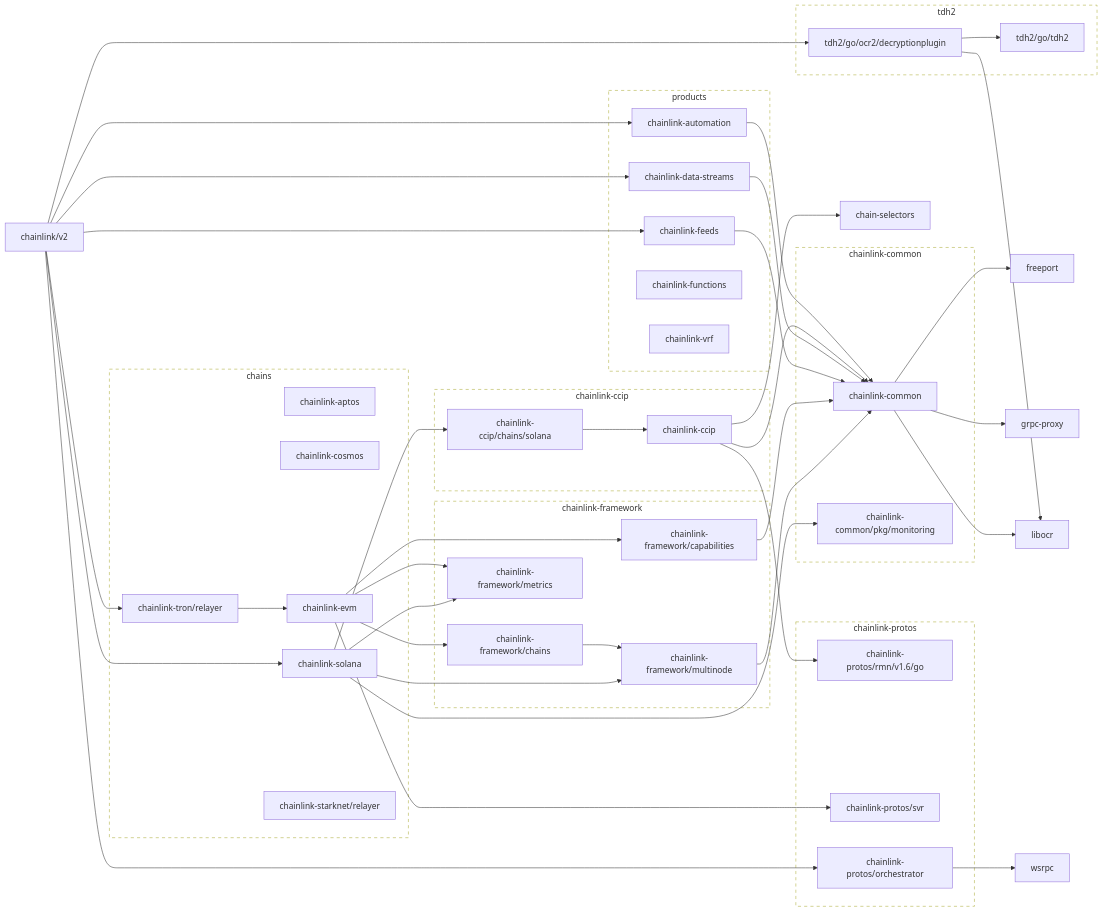
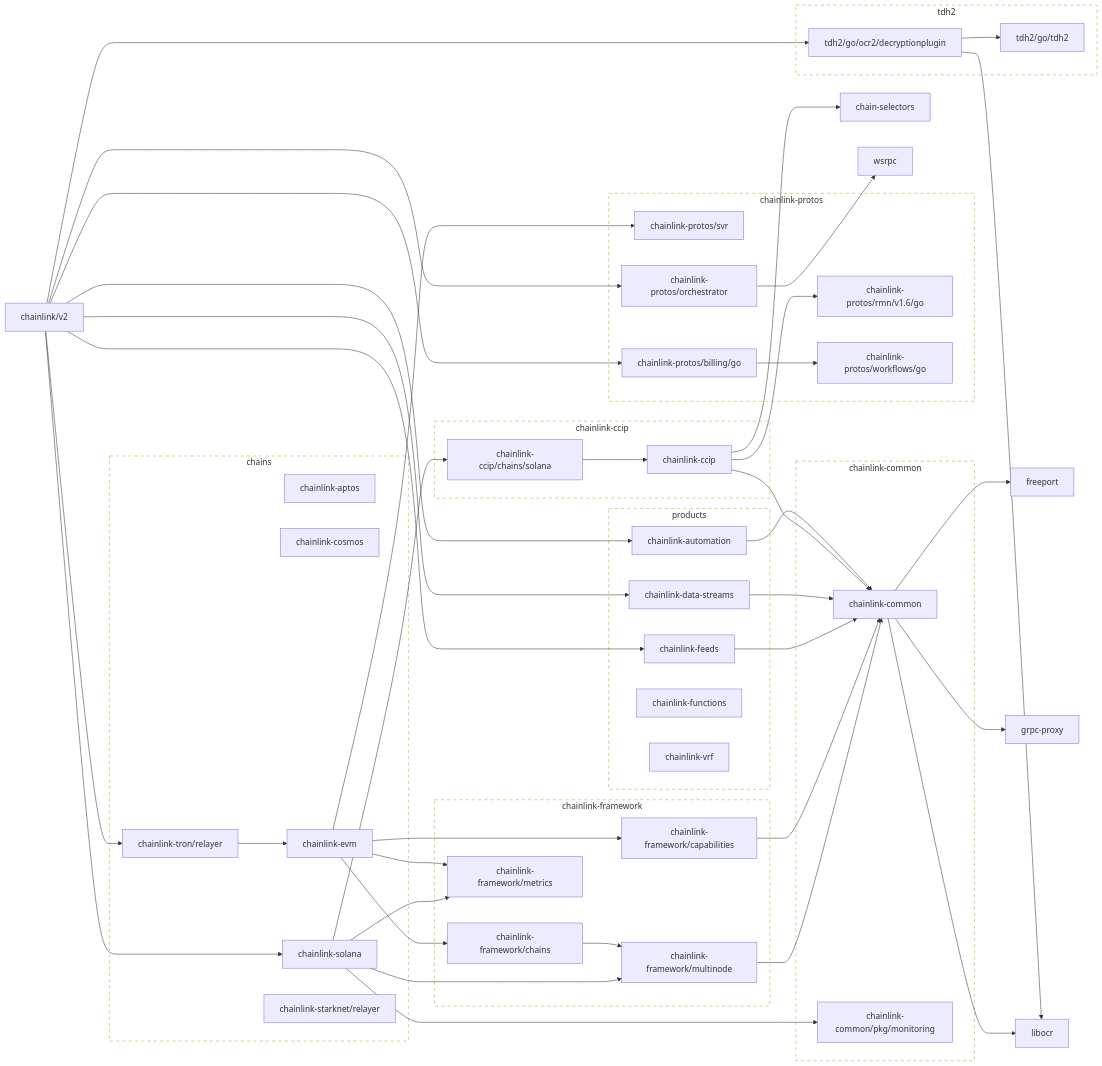
One commit to JohnDaWalka/chainlink changed the first of 2 diagrams in go.md. Above: the diagram before and after it, drawn with Mermaid. The commit also changed other lines of this file and 39 other files, not shown here.

```diff
--- a/go.md
+++ b/go.md
@@ -55,12 +55,16 @@
 	click chainlink-framework/metrics href "https://github.com/smartcontractkit/chainlink-framework"
 	chainlink-framework/multinode --> chainlink-common
 	click chainlink-framework/multinode href "https://github.com/smartcontractkit/chainlink-framework"
+	chainlink-protos/billing/go --> chainlink-protos/workflows/go
+	click chainlink-protos/billing/go href "https://github.com/smartcontractkit/chainlink-protos"
 	chainlink-protos/orchestrator --> wsrpc
 	click chainlink-protos/orchestrator href "https://github.com/smartcontractkit/chainlink-protos"
 	chainlink-protos/rmn/v1.6/go
 	click chainlink-protos/rmn/v1.6/go href "https://github.com/smartcontractkit/chainlink-protos"
 	chainlink-protos/svr
 	click chainlink-protos/svr href "https://github.com/smartcontractkit/chainlink-protos"
+	chainlink-protos/workflows/go
+	click chainlink-protos/workflows/go href "https://github.com/smartcontractkit/chainlink-protos"
 	chainlink-solana --> chainlink-ccip/chains/solana
 	chainlink-solana --> chainlink-common/pkg/monitoring
 	chainlink-solana --> chainlink-framework/metrics
@@ -71,6 +75,7 @@
 	chainlink/v2 --> chainlink-automation
 	chainlink/v2 --> chainlink-data-streams
 	chainlink/v2 --> chainlink-feeds
+	chainlink/v2 --> chainlink-protos/billing/go
 	chainlink/v2 --> chainlink-protos/orchestrator
 	chainlink/v2 --> chainlink-solana
 	chainlink/v2 --> chainlink-tron/relayer
@@ -111,9 +116,11 @@
 	click chainlink-framework-repo href "https://github.com/smartcontractkit/chainlink-framework"
 
 	subgraph chainlink-protos-repo[chainlink-protos]
+		 chainlink-protos/billing/go
 		 chainlink-protos/orchestrator
 		 chainlink-protos/rmn/v1.6/go
 		 chainlink-protos/svr
+		 chainlink-protos/workflows/go
 	end
 	click chainlink-protos-repo href "https://github.com/smartcontractkit/chainlink-protos"
 
```
